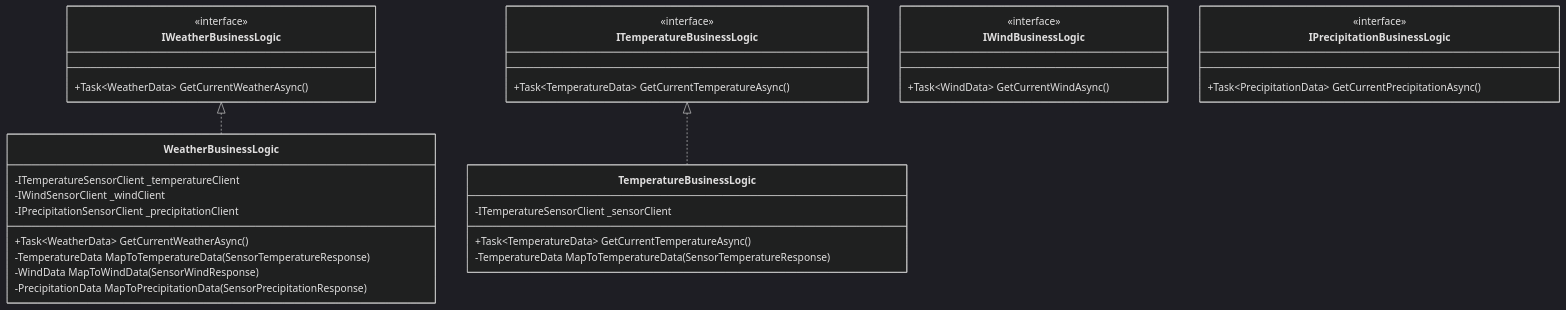
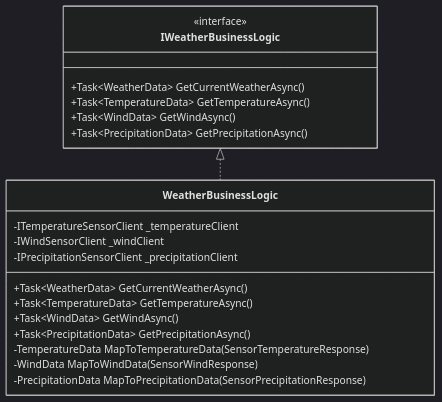
One commit to busadave13/Weather changed the fifth of 11 diagrams in .docs/weather-service-design.md. Above: the diagram before and after it, drawn with Mermaid (dark theme). The commit also changed other lines of this file and 22 other files, not shown here.

````diff
--- a/.docs/weather-service-design.md
+++ b/.docs/weather-service-design.md
@@ -243,41 +228,25 @@
 ```mermaid
 classDiagram
     class IWeatherBusinessLogic {
         <<interface>>
         +Task~WeatherData~ GetCurrentWeatherAsync()
-    }
-    
-    class ITemperatureBusinessLogic {
-        <<interface>>
-        +Task~TemperatureData~ GetCurrentTemperatureAsync()
-    }
-    
-    class IWindBusinessLogic {
-        <<interface>>
-        +Task~WindData~ GetCurrentWindAsync()
-    }
-    
-    class IPrecipitationBusinessLogic {
-        <<interface>>
-        +Task~PrecipitationData~ GetCurrentPrecipitationAsync()
-    }
-    
-    class TemperatureBusinessLogic {
-        -ITemperatureSensorClient _sensorClient
-        +Task~TemperatureData~ GetCurrentTemperatureAsync()
-        -TemperatureData MapToTemperatureData(SensorTemperatureResponse)
+        +Task~TemperatureData~ GetTemperatureAsync()
+        +Task~WindData~ GetWindAsync()
+        +Task~PrecipitationData~ GetPrecipitationAsync()
     }
     
     class WeatherBusinessLogic {
         -ITemperatureSensorClient _temperatureClient
         -IWindSensorClient _windClient
         -IPrecipitationSensorClient _precipitationClient
         +Task~WeatherData~ GetCurrentWeatherAsync()
+        +Task~TemperatureData~ GetTemperatureAsync()
+        +Task~WindData~ GetWindAsync()
+        +Task~PrecipitationData~ GetPrecipitationAsync()
         -TemperatureData MapToTemperatureData(SensorTemperatureResponse)
         -WindData MapToWindData(SensorWindResponse)
         -PrecipitationData MapToPrecipitationData(SensorPrecipitationResponse)
     }
     
     IWeatherBusinessLogic <|.. WeatherBusinessLogic
-    ITemperatureBusinessLogic <|.. TemperatureBusinessLogic
 ```
````
